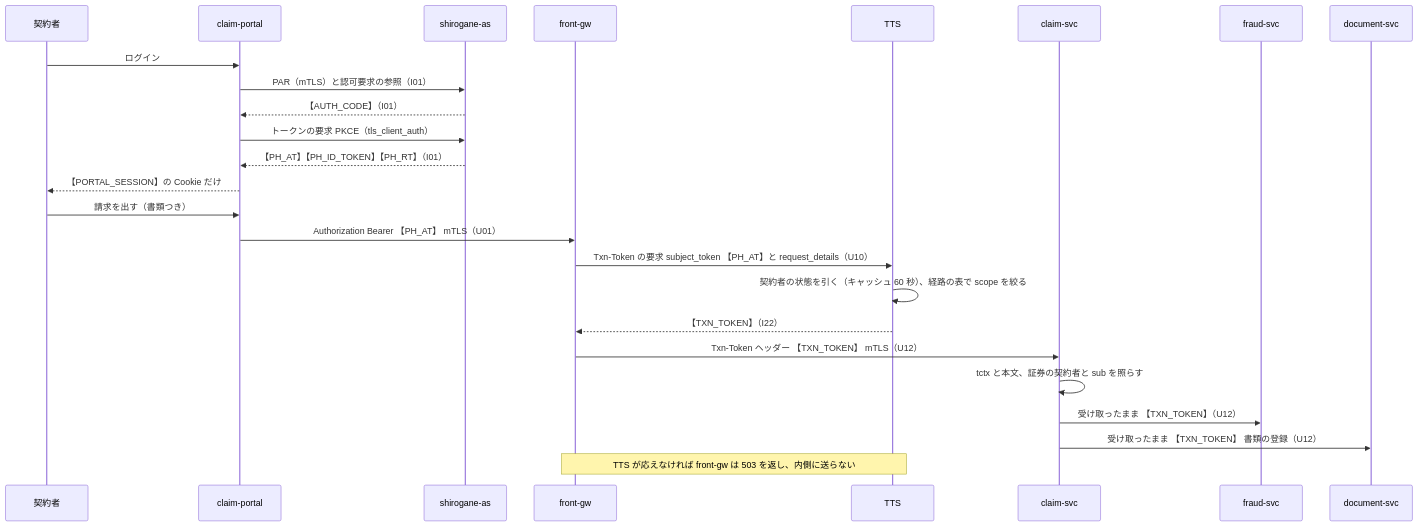
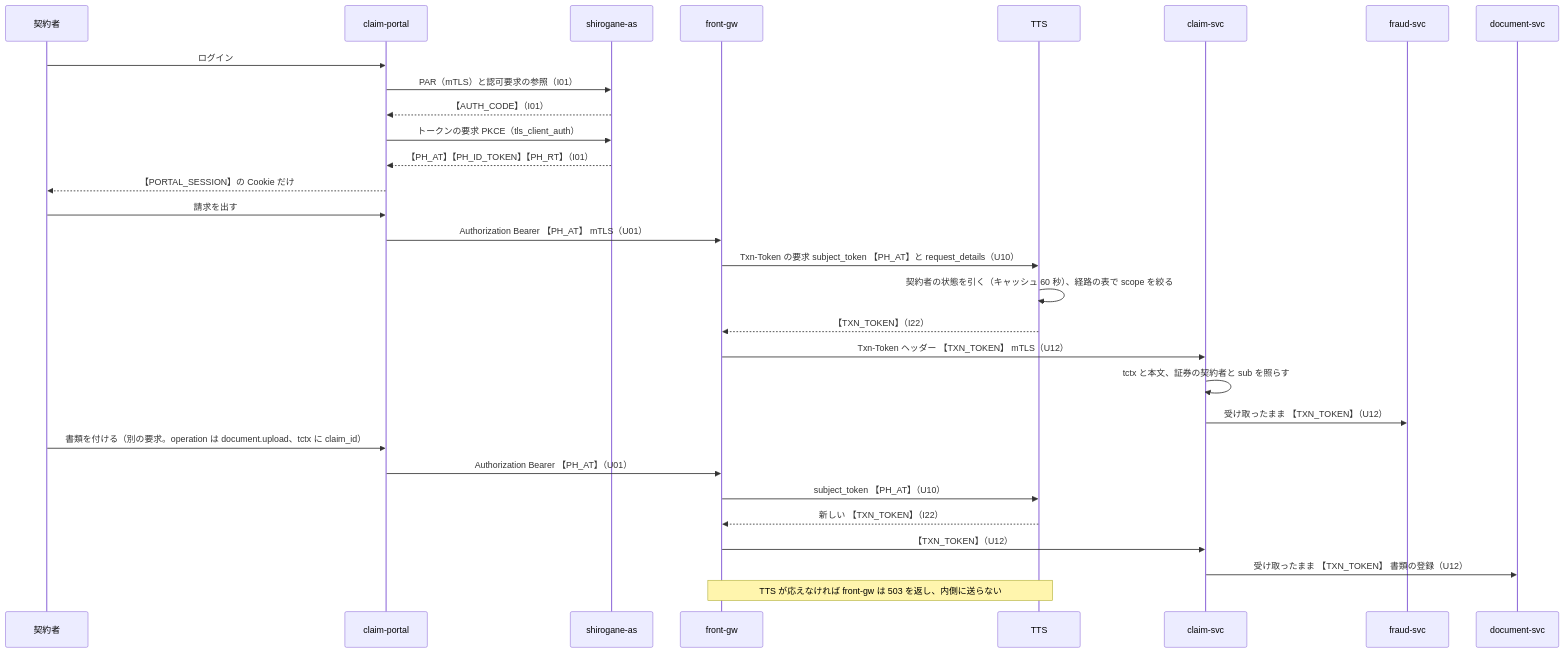
Before and after one commit to Takenori-Kusaka/jwt-claims-guide: the second of 4 diagrams in research/template-design/calibration/set2/control-d/design.md, drawn with Mermaid. The commit also changed other lines of this file and 21 other files, not shown here.

````diff
--- a/research/template-design/calibration/set2/control-d/design.md
+++ b/research/template-design/calibration/set2/control-d/design.md
@@ -545,27 +547,32 @@
 ```mermaid
 sequenceDiagram
   participant U as 契約者
   participant P as claim-portal
   participant A as shirogane-as
   participant G as front-gw
   participant T as TTS
   participant C as claim-svc
   participant F as fraud-svc
   participant D as document-svc
   U->>P: ログイン
   P->>A: PAR（mTLS）と認可要求の参照（I01）
   A-->>P: 【AUTH_CODE】（I01）
   P->>A: トークンの要求 PKCE（tls_client_auth）
   A-->>P: 【PH_AT】【PH_ID_TOKEN】【PH_RT】（I01）
   P-->>U: 【PORTAL_SESSION】の Cookie だけ
-  U->>P: 請求を出す（書類つき）
+  U->>P: 請求を出す
   P->>G: Authorization Bearer 【PH_AT】 mTLS（U01）
   G->>T: Txn-Token の要求 subject_token 【PH_AT】と request_details（U10）
   T->>T: 契約者の状態を引く（キャッシュ 60 秒）、経路の表で scope を絞る
   T-->>G: 【TXN_TOKEN】（I22）
   G->>C: Txn-Token ヘッダー 【TXN_TOKEN】 mTLS（U12）
   C->>C: tctx と本文、証券の契約者と sub を照らす
   C->>F: 受け取ったまま 【TXN_TOKEN】（U12）
+  U->>P: 書類を付ける（別の要求。operation は document.upload、tctx に claim_id）
+  P->>G: Authorization Bearer 【PH_AT】（U01）
+  G->>T: subject_token 【PH_AT】（U10）
+  T-->>G: 新しい 【TXN_TOKEN】（I22）
+  G->>C: 【TXN_TOKEN】（U12）
   C->>D: 受け取ったまま 【TXN_TOKEN】 書類の登録（U12）
   Note over G,T: TTS が応えなければ front-gw は 503 を返し、内側に送らない
 ```
````
